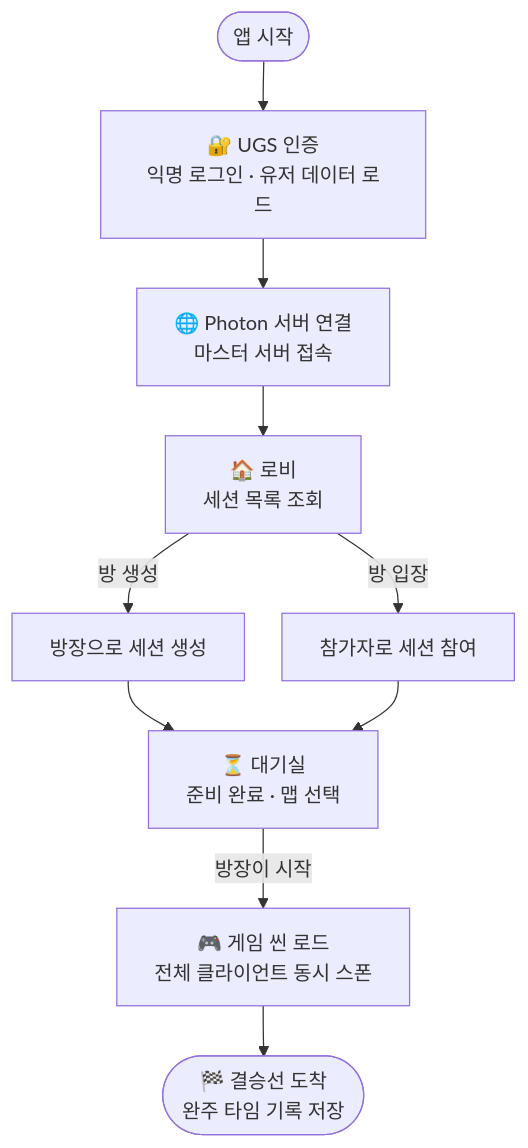
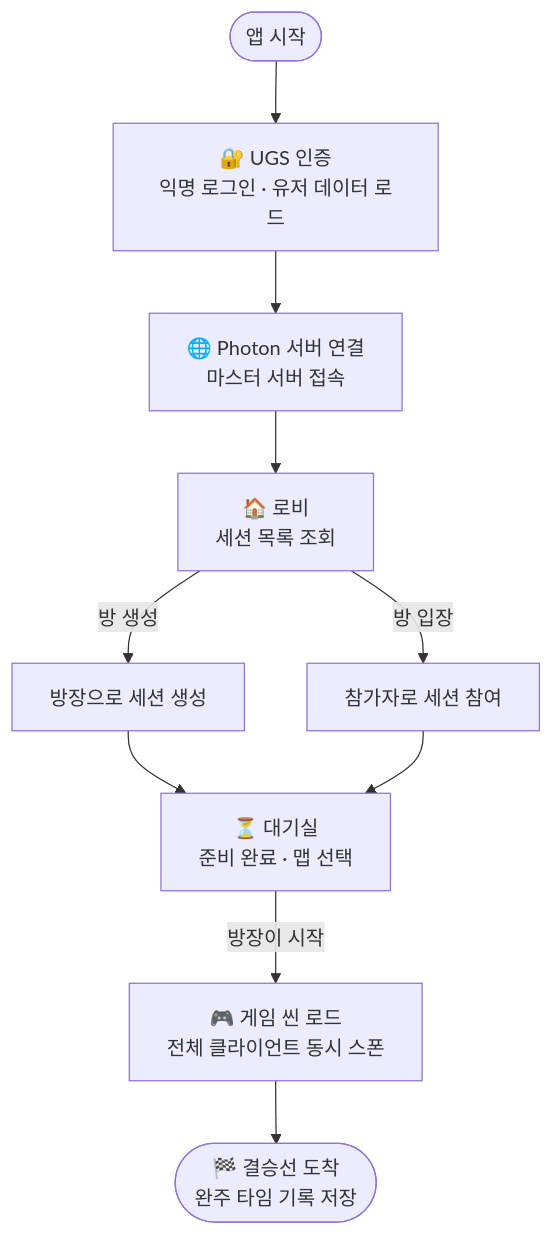
One commit to Kimwonbeom0102/unity-networking-photon changed the second of 2 diagrams in README.md. Above: the diagram before and after it, drawn with Mermaid.

````diff
--- a/README.md
+++ b/README.md
@@ -81,19 +81,19 @@
 ```mermaid
-%%{init: {'flowchart': {'nodeSpacing': 30, 'rankSpacing': 40}}}%%
+%%{init: {'theme': 'black''flowchart': {'nodeSpacing': 30, 'rankSpacing': 40}}}%%
 flowchart TD
     A([앱 시작]) --> B
     B["🔐 UGS 인증\n익명 로그인 · 유저 데이터 로드"]
     B --> C
     C["🌐 Photon 서버 연결\n마스터 서버 접속"]
     C --> D
     D["🏠 로비\n세션 목록 조회"]
     D -->|방 생성| E1["방장으로 세션 생성"]
     D -->|방 입장| E2["참가자로 세션 참여"]
     E1 --> F
     E2 --> F
     F["⏳ 대기실\n준비 완료 · 맵 선택"]
     F -->|방장이 시작| G
     G["🎮 게임 씬 로드\n전체 클라이언트 동시 스폰"]
     G --> H
     H(["🏁 결승선 도착\n완주 타임 기록 저장"])
 ```
````
